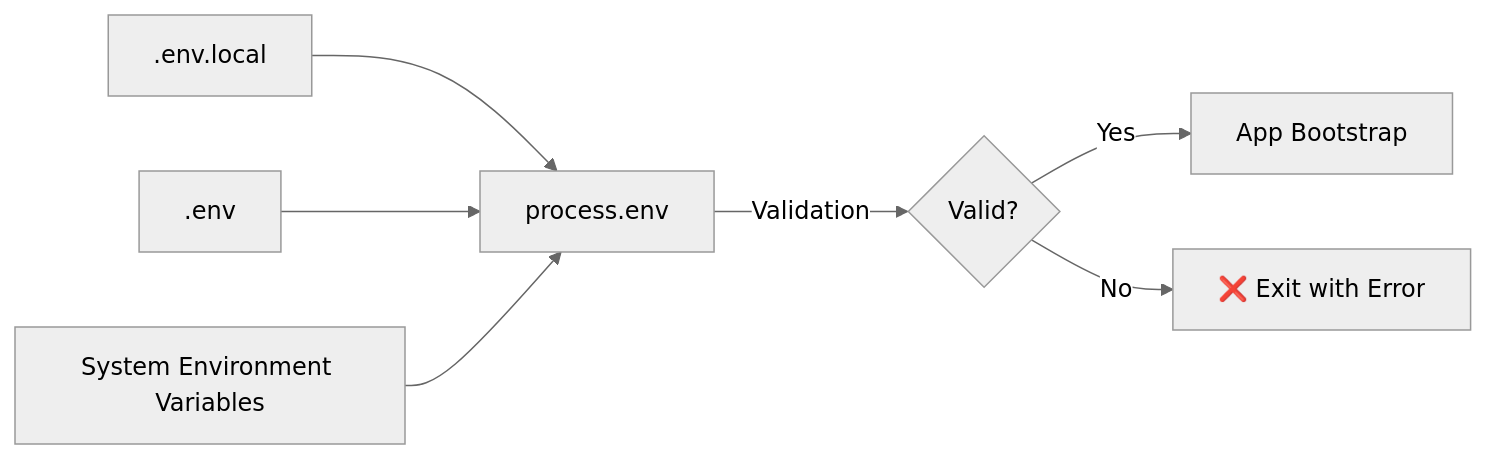
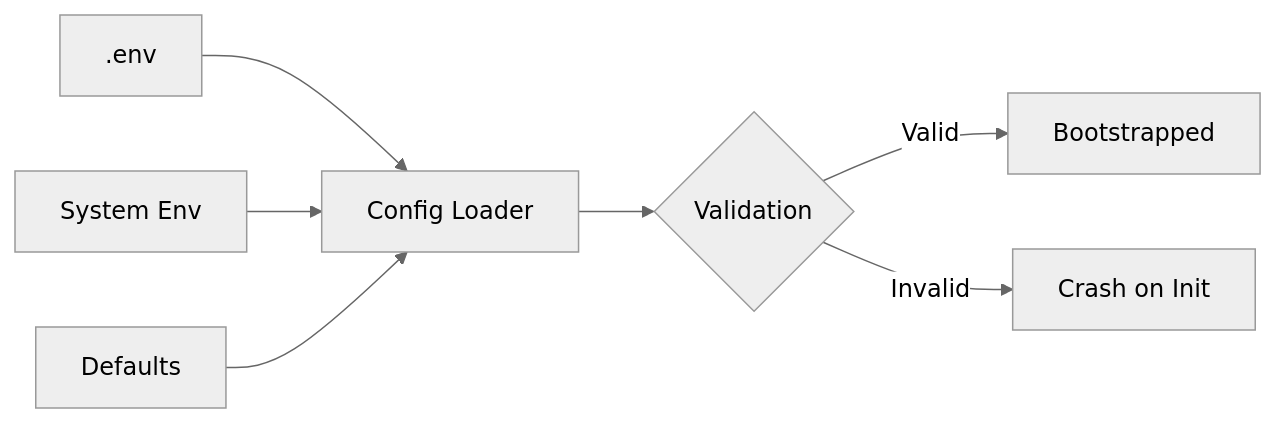
One commit to Nemathullahkhan/Zerak changed the sixth of 9 diagrams in README.md. Above: the diagram before and after it, drawn with Mermaid (neutral theme). The commit also changed other lines of this file, not shown here.

````diff
--- a/README.md
+++ b/README.md
@@ -468,9 +156,9 @@
 ```mermaid
 flowchart LR
-    A[".env.local"] --> D["process.env"]
-    B[".env"] --> D
-    C["System Environment Variables"] --> D
-    D -->|Validation| E{Valid?}
-    E -->|Yes| F["App Bootstrap"]
-    E -->|No| G["❌ Exit with Error"]
+  A[.env] --> D[Config Loader]
+  B[System Env] --> D
+  C[Defaults] --> D
+  D --> E{Validation}
+  E -->|Valid| F[Bootstrapped]
+  E -->|Invalid| G[Crash on Init]
 ```
````
